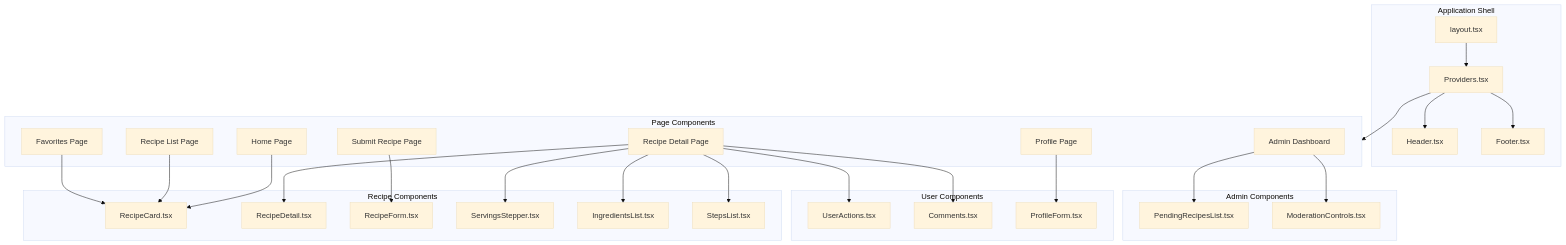
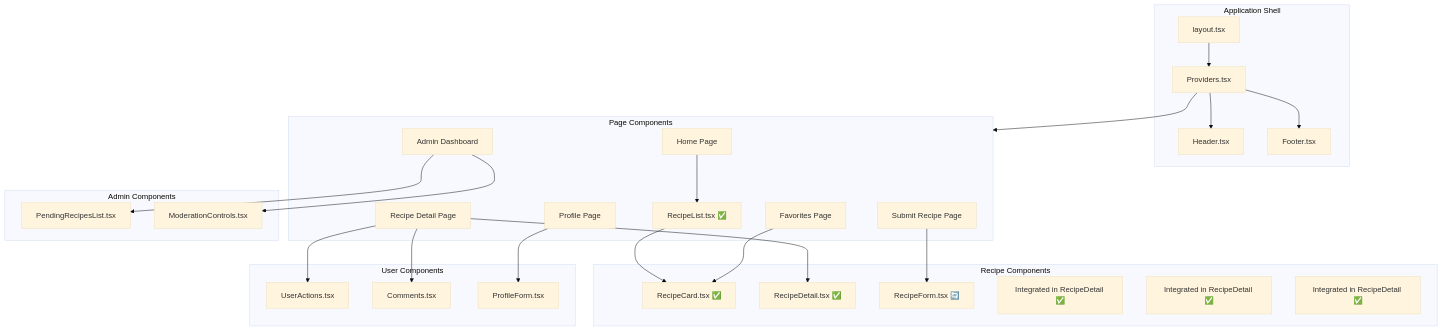
Before and after one commit to NurhayatYurtaslan/recipio: the fourth of 6 diagrams in README.md, drawn with Mermaid (base theme). The commit also changed other lines of this file, not shown here.

Commit message:
docs: update README.md to reflect changes in database schema, component integration, and SQL views for improved recipe management and user experience

````diff
--- a/README.md
+++ b/README.md
@@ -221,60 +221,58 @@
 ```mermaid
 flowchart TB
     subgraph AppShell["Application Shell"]
         Layout["layout.tsx"]
         Providers["Providers.tsx"]
         Header["Header.tsx"]
         Footer["Footer.tsx"]
     end
     
     subgraph Pages["Page Components"]
         Home["Home Page"]
         RecipeList["Recipe List Page"]
         RecipeDetail["Recipe Detail Page"]
         Profile["Profile Page"]
         Favorites["Favorites Page"]
         SubmitRecipe["Submit Recipe Page"]
         AdminDashboard["Admin Dashboard"]
     end
     
     subgraph RecipeComponents["Recipe Components"]
-        RecipeCard["RecipeCard.tsx"]
-        RecipeDetailComp["RecipeDetail.tsx"]
-        RecipeForm["RecipeForm.tsx"]
-        ServingsStepper["ServingsStepper.tsx"]
-        IngredientsList["IngredientsList.tsx"]
-        StepsList["StepsList.tsx"]
+        RecipeCard["RecipeCard.tsx ✅"]
+        RecipeList["RecipeList.tsx ✅"]
+        RecipeDetailComp["RecipeDetail.tsx ✅"]
+        RecipeForm["RecipeForm.tsx 🔄"]
+        ServingsStepper["Integrated in RecipeDetail ✅"]
+        IngredientsList["Integrated in RecipeDetail ✅"]
+        StepsList["Integrated in RecipeDetail ✅"]
     end
     
     subgraph UserComponents["User Components"]
         UserActions["UserActions.tsx"]
         Comments["Comments.tsx"]
         ProfileForm["ProfileForm.tsx"]
     end
     
     subgraph AdminComponents["Admin Components"]
         PendingList["PendingRecipesList.tsx"]
         ModerationControls["ModerationControls.tsx"]
     end
     
     Layout --> Providers
     Providers --> Header
     Providers --> Pages
     Providers --> Footer
     
-    Home --> RecipeCard
+    Home --> RecipeList
     RecipeList --> RecipeCard
     RecipeDetail --> RecipeDetailComp
-    RecipeDetail --> ServingsStepper
-    RecipeDetail --> IngredientsList
-    RecipeDetail --> StepsList
     RecipeDetail --> UserActions
     RecipeDetail --> Comments
     
     Profile --> ProfileForm
     Favorites --> RecipeCard
     SubmitRecipe --> RecipeForm
     
     AdminDashboard --> PendingList
     AdminDashboard --> ModerationControls
 ```
````
